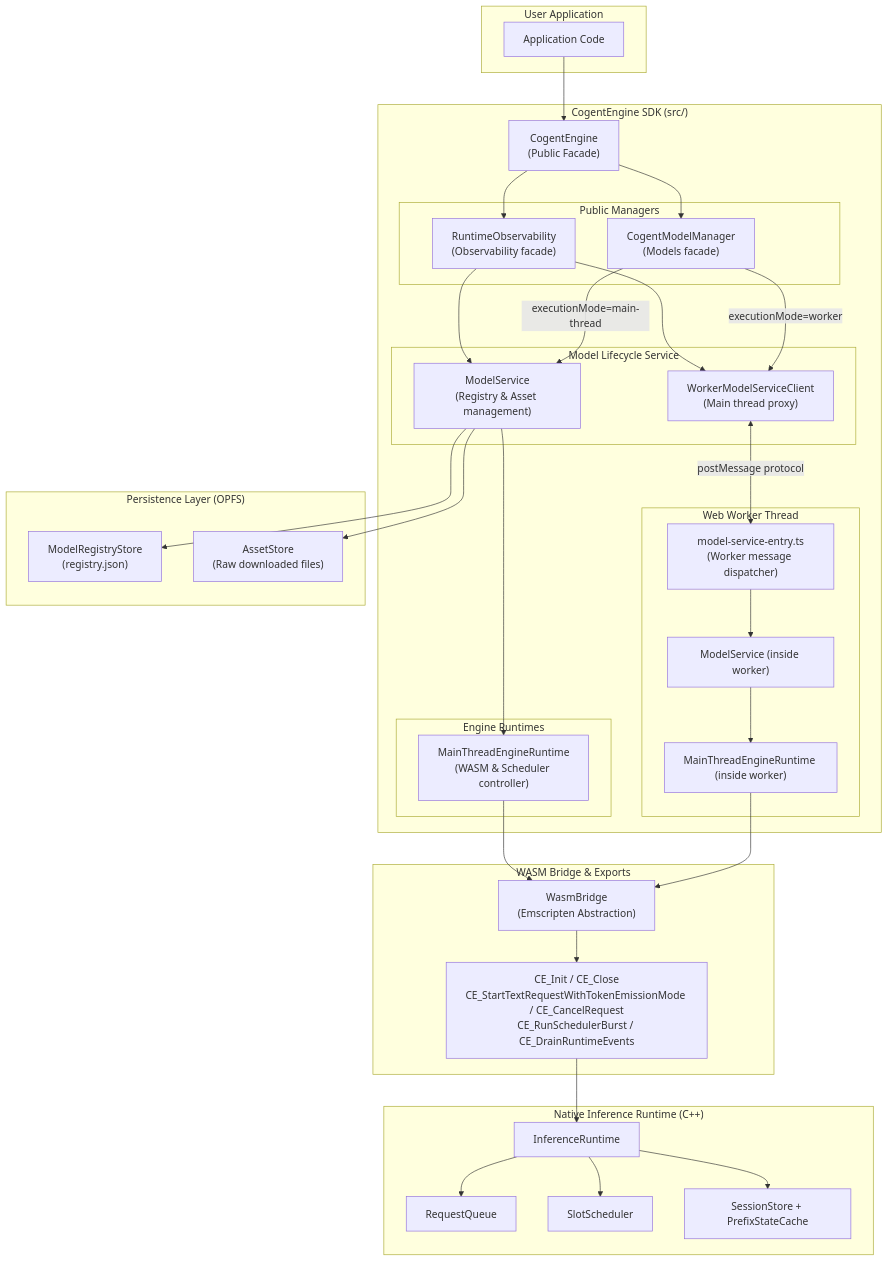
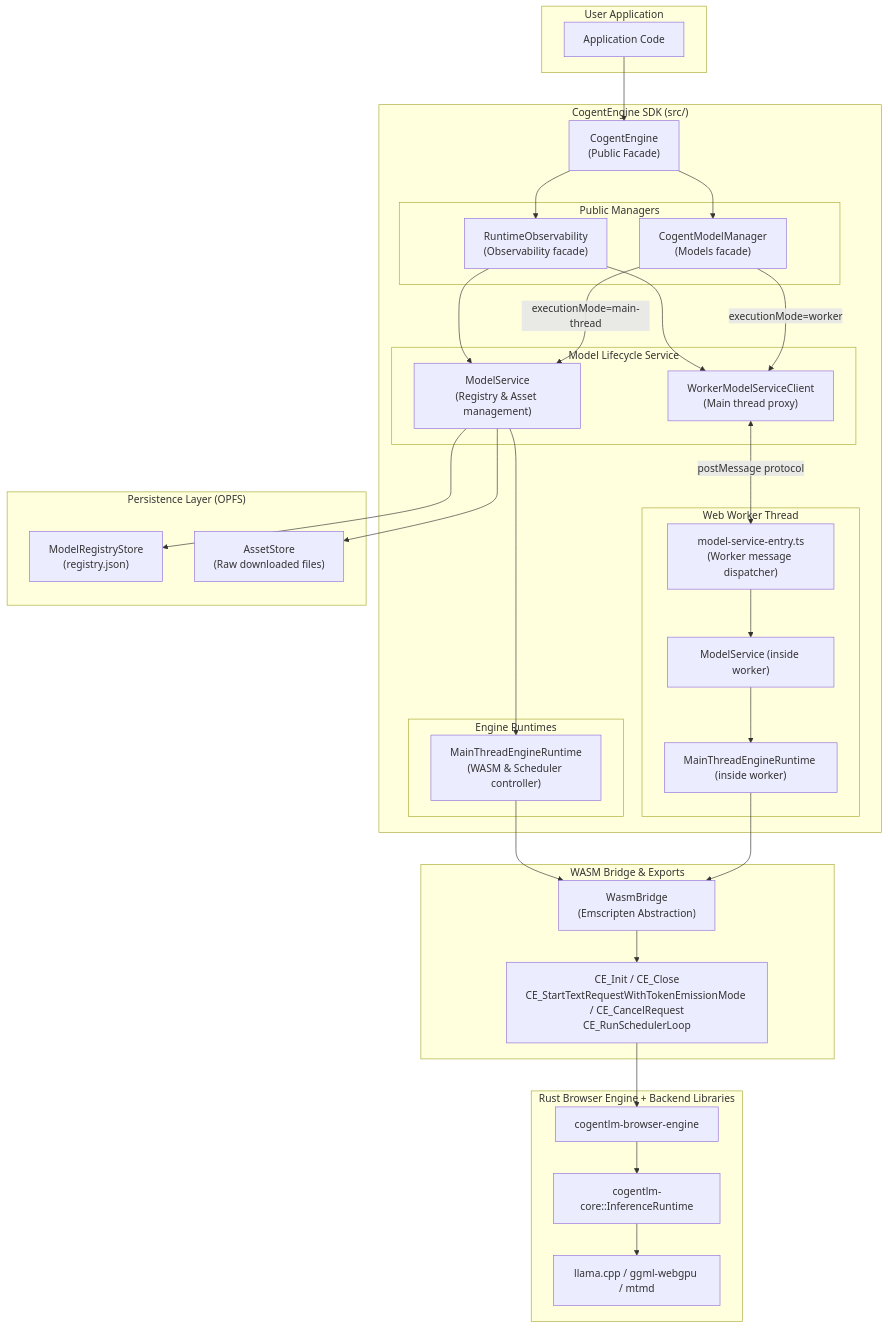
One commit to noumena-labs/Sipp changed the first of 6 diagrams in packages/cogentlm/docs/inference_system_design.md. Above: the diagram before and after it, drawn with Mermaid. The commit also changed other lines of this file and 159 other files, not shown here.

Commit message:
chore: init rust port, functional requirements done

````diff
--- a/packages/cogentlm/docs/inference_system_design.md
+++ b/packages/cogentlm/docs/inference_system_design.md
@@ -13,72 +19,70 @@
 ```mermaid
 graph TD
     subgraph UserSpace ["User Application"]
         App["Application Code"]
     end
 
     subgraph SDK ["CogentEngine SDK (src/)"]
         CE["CogentEngine<br/>(Public Facade)"]
         
         subgraph Managers ["Public Managers"]
             MM["CogentModelManager<br/>(Models facade)"]
             OM["RuntimeObservability<br/>(Observability facade)"]
         end
 
         subgraph ServiceLayer ["Model Lifecycle Service"]
             WorkerClient["WorkerModelServiceClient<br/>(Main thread proxy)"]
             Service["ModelService<br/>(Registry & Asset management)"]
         end
 
         subgraph CoreRuntimes ["Engine Runtimes"]
             MainRT["MainThreadEngineRuntime<br/>(WASM & Scheduler controller)"]
         end
 
         subgraph WorkerThread ["Web Worker Thread"]
             Entry["model-service-entry.ts<br/>(Worker message dispatcher)"]
             WorkerService["ModelService (inside worker)"]
             InnerMain["MainThreadEngineRuntime (inside worker)"]
         end
     end
 
     subgraph Persistence ["Persistence Layer (OPFS)"]
         Registry["ModelRegistryStore<br/>(registry.json)"]
         Assets["AssetStore<br/>(Raw downloaded files)"]
     end
 
     subgraph NativeBridge ["WASM Bridge & Exports"]
         Bridge["WasmBridge<br/>(Emscripten Abstraction)"]
-        WasmExports["CE_Init / CE_Close<br/>CE_StartTextRequestWithTokenEmissionMode / CE_CancelRequest<br/>CE_RunSchedulerBurst / CE_DrainRuntimeEvents"]
+        WasmExports["CE_Init / CE_Close<br/>CE_StartTextRequestWithTokenEmissionMode / CE_CancelRequest<br/>CE_RunSchedulerLoop"]
     end
 
-    subgraph Native ["Native Inference Runtime (C++)"]
-        IR["InferenceRuntime"]
-        RQ["RequestQueue"]
-        SlotSched["SlotScheduler"]
-        Session["SessionStore + PrefixStateCache"]
+    subgraph Native ["Rust Browser Engine + Backend Libraries"]
+        RBE["cogentlm-browser-engine"]
+        IR["cogentlm-core::InferenceRuntime"]
+        Backend["llama.cpp / ggml-webgpu / mtmd"]
     end
 
     App --> CE
     CE --> MM
     CE --> OM
     MM --> |executionMode=worker| WorkerClient
     MM --> |executionMode=main-thread| Service
     OM --> WorkerClient
     OM --> Service
 
     WorkerClient <--> |"postMessage protocol"| Entry
     Entry --> WorkerService
     WorkerService --> InnerMain
     
     Service --> Registry
     Service --> Assets
     Service --> MainRT
 
     InnerMain --> Bridge
     MainRT --> Bridge
     Bridge --> WasmExports
 
-    WasmExports --> IR
-    IR --> RQ
-    IR --> SlotSched
-    IR --> Session
+    WasmExports --> RBE
+    RBE --> IR
+    IR --> Backend
 ```
````
